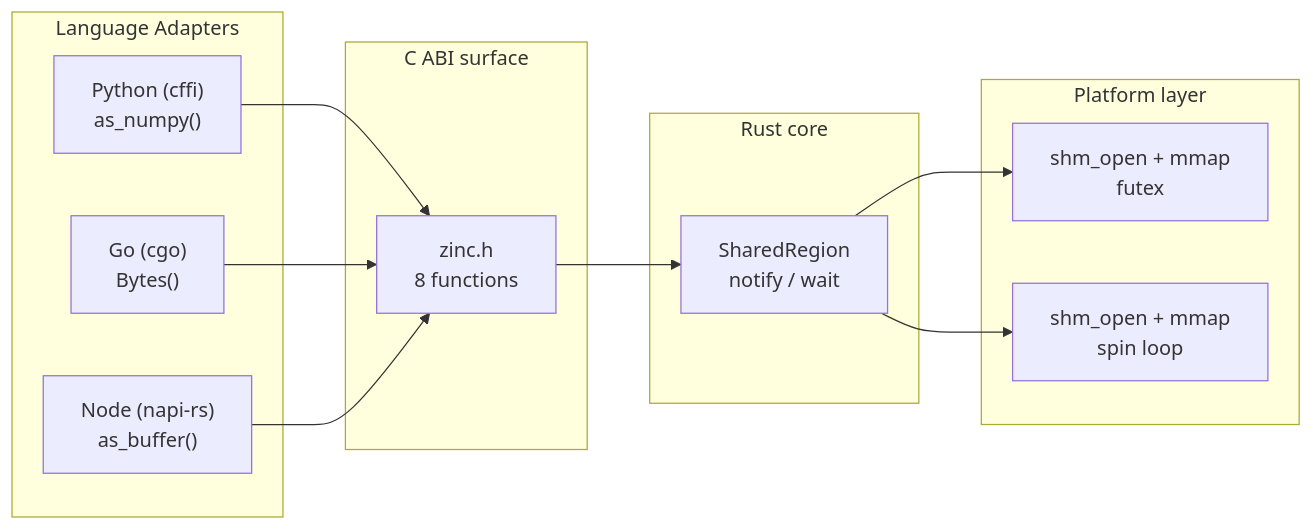
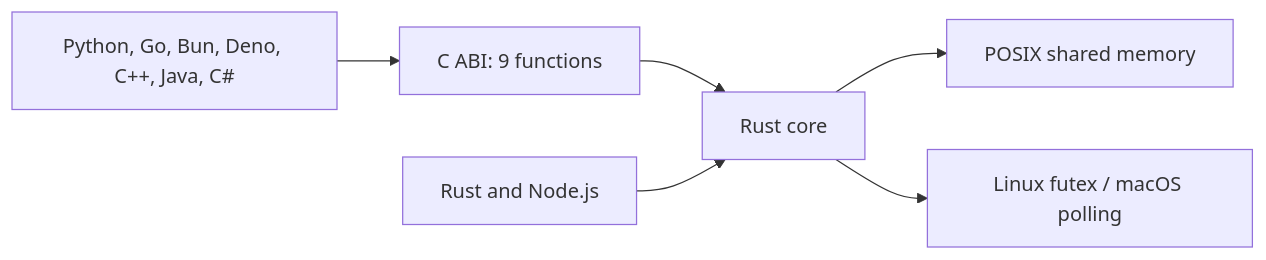
The diagram in docs/index.mdx (ossl-dev/zinc), drawn with Mermaid before and after one commit. The commit also changed other lines of this file and 35 other files, not shown here.

Commit message:
Update roadmap and document current APIs and limits

````diff
--- a/docs/index.mdx
+++ b/docs/index.mdx
@@ -24,28 +14,8 @@
 ```mermaid
 flowchart LR
-    subgraph Adapters["Language Adapters"]
-        Py["Python (cffi)\nas_numpy()"]
-        Go["Go (cgo)\nBytes()"]
-        Node["Node (napi-rs)\nas_buffer()"]
-    end
-
-    subgraph CAbi["C ABI surface"]
-        C["zinc.h\n8 functions"]
-    end
-
-    subgraph Core["Rust core"]
-        Rust["SharedRegion\nnotify / wait"]
-    end
-
-    subgraph Platform["Platform layer"]
-        Linux["shm_open + mmap\nfutex"]
-        Mac["shm_open + mmap\nspin loop"]
-    end
-
-    Py --> C
-    Go --> C
-    Node --> C
-    C --> Rust
-    Rust --> Linux
-    Rust --> Mac
+    Python["Python, Go, Bun, Deno, C++, Java, C#"] --> ABI["C ABI: 9 functions"]
+    ABI --> Core["Rust core"]
+    Rust["Rust and Node.js"] --> Core
+    Core --> Mapping["POSIX shared memory"]
+    Core --> Wait["Linux futex / macOS polling"]
 ```
````
